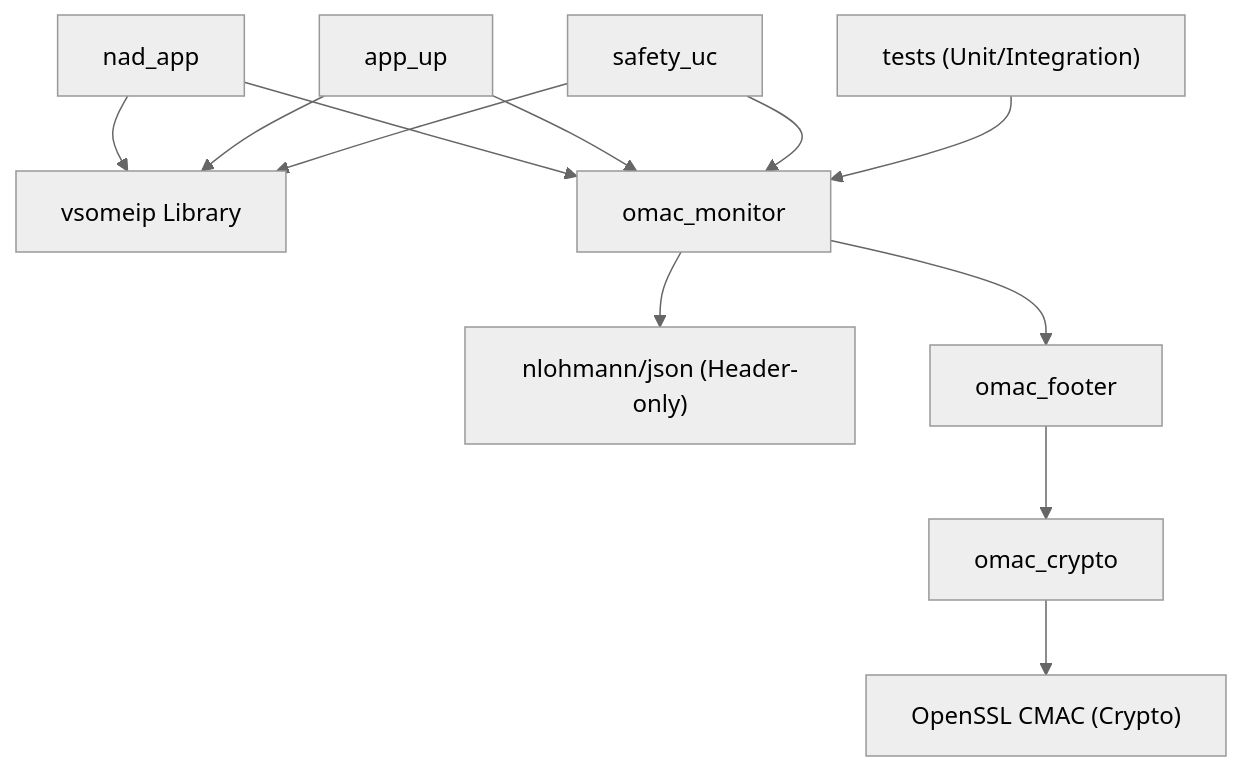
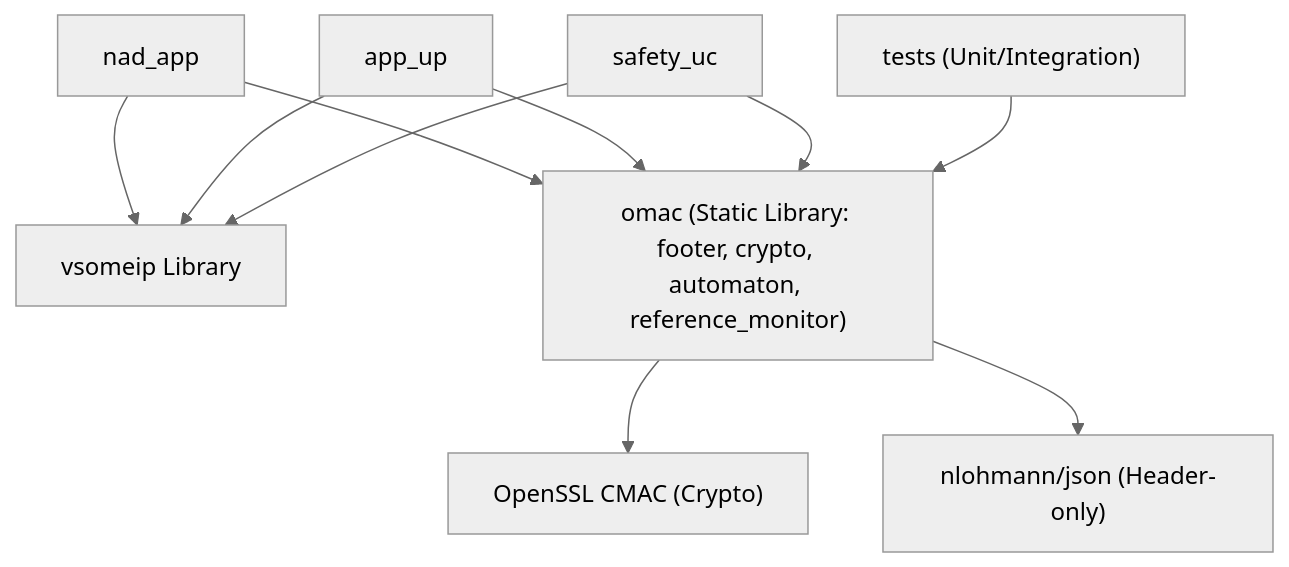
One commit to MohamedHamed19m/oMac-vsomeip changed the diagram in Design_Plan.md. Above: the diagram before and after it, drawn with Mermaid (neutral theme). The commit also changed other lines of this file and 27 other files, not shown here.

Commit message:
chore: simplify to flat MVP architecture and update design plan

````diff
--- a/Design_Plan.md
+++ b/Design_Plan.md
@@ -212,30 +147,26 @@
 ```mermaid
 graph TD
     nlohmann_json["nlohmann/json (Header-only)"]
     openssl_cmac["OpenSSL CMAC (Crypto)"]
     vsomeip["vsomeip Library"]
 
-    omac_footer["omac_footer"]
-    omac_crypto["omac_crypto"]
-    omac_monitor["omac_monitor"]
+    omac_lib["omac (Static Library: footer, crypto, automaton, reference_monitor)"]
 
     nad_app["nad_app"]
     app_up["app_up"]
     safety_uc["safety_uc"]
 
     tests["tests (Unit/Integration)"]
 
-    omac_crypto --> openssl_cmac
-    omac_footer --> omac_crypto
-    omac_monitor --> omac_footer
-    omac_monitor --> nlohmann_json
+    omac_lib --> openssl_cmac
+    omac_lib --> nlohmann_json
 
-    nad_app --> omac_monitor
+    nad_app --> omac_lib
     nad_app --> vsomeip
-    app_up --> omac_monitor
+    app_up --> omac_lib
     app_up --> vsomeip
-    safety_uc --> omac_monitor
+    safety_uc --> omac_lib
     safety_uc --> vsomeip
 
-    tests --> omac_monitor
+    tests --> omac_lib
 ```
````
